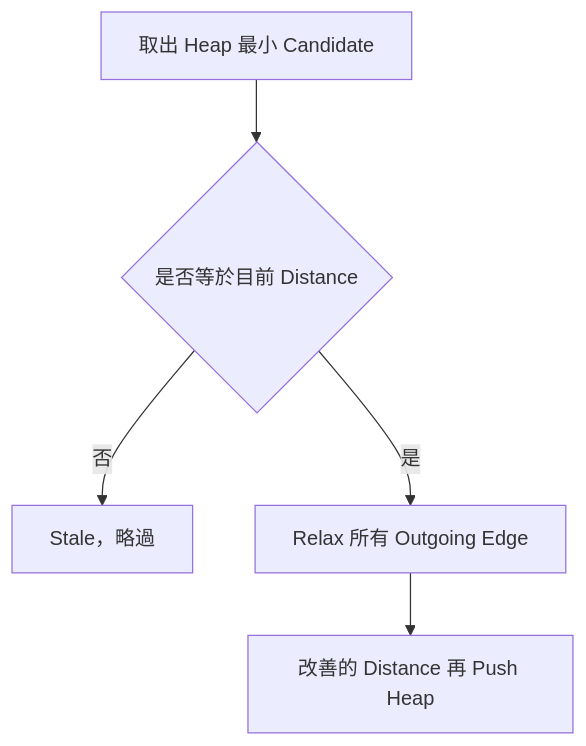
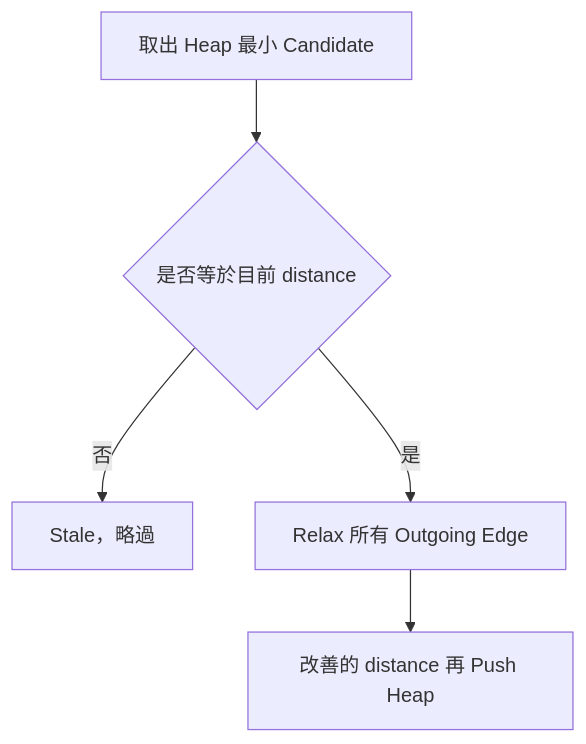
The fifth of 9 diagrams in 07_graph/33_shortest_path.md (davidchen0970/algorithm_note), drawn with Mermaid before and after one commit. The commit also changed other lines of this file and 2 other files, not shown here.

````diff
--- a/07_graph/33_shortest_path.md
+++ b/07_graph/33_shortest_path.md
@@ -191,7 +256,7 @@
 ```mermaid
 flowchart TD
-    A[取出 Heap 最小 Candidate] --> B{是否等於目前 Distance}
-    B -->|否| C[Stale，略過]
-    B -->|是| D[Relax 所有 Outgoing Edge]
-    D --> E[改善的 Distance 再 Push Heap]
+    A["取出 Heap 最小 Candidate"] --> B{"是否等於目前 distance"}
+    B -->|否| C["Stale，略過"]
+    B -->|是| D["Relax 所有 Outgoing Edge"]
+    D --> E["改善的 distance 再 Push Heap"]
 ```
````
